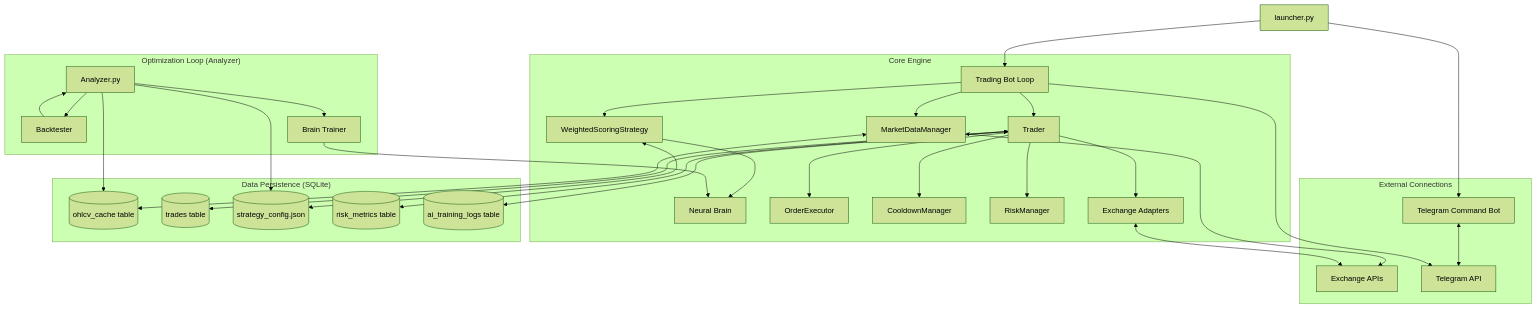
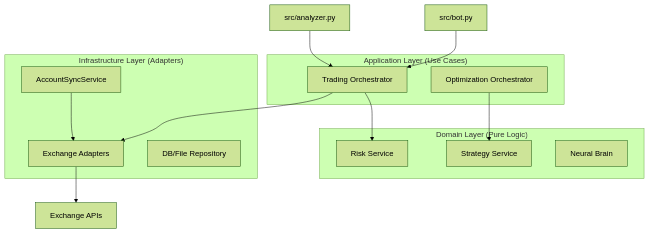
One commit to nguyenkhai1203/trading-bot changed the diagram in .brain/knowledge.md. Above: the diagram before and after it, drawn with Mermaid (forest theme). The commit also changed other lines of this file and 97 other files, not shown here.

````diff
--- a/.brain/knowledge.md
+++ b/.brain/knowledge.md
@@ -9,40 +9,28 @@
 ```mermaid
 graph TD
-    A[launcher.py] --> B[Trading Bot Loop]
-    A --> C[Telegram Command Bot]
+    A[src/bot.py] --> B[Application Layer]
+    A2[src/analyzer.py] --> B
     
-    subgraph "Core Engine"
-        B --> D[MarketDataManager]
-        B --> E[WeightedScoringStrategy]
-        E --> F[Neural Brain]
-        B --> G[Trader]
-        G --> G1[OrderExecutor]
-        G --> G2[CooldownManager]
-        G --> H[RiskManager]
-        G --> Z[Exchange Adapters]
+    subgraph "Application Layer (Use Cases)"
+        B[Trading Orchestrator]
+        B2[Optimization Orchestrator]
     end
     
-    subgraph "External Connections"
-        D <--> I[Exchange APIs]
-        Z <--> I
-        C <--> J[Telegram API]
-        B --> J
+    subgraph "Domain Layer (Pure Logic)"
+        C[Risk Service]
+        D[Strategy Service]
+        E[Neural Brain]
     end
     
-    subgraph "Data Persistence (SQLite)"
-        D <--> K[(ohlcv_cache table)]
-        G <--> L[(trades table)]
-        E <--> M[(strategy_config.json)]
-        G <--> N[(risk_metrics table)]
-        G <--> O[(ai_training_logs table)]
+    subgraph "Infrastructure Layer (Adapters)"
+        F[AccountSyncService]
+        G[Exchange Adapters]
+        H[DB/File Repository]
     end
-
-    subgraph "Optimization Loop (Analyzer)"
-        P[Analyzer.py] --> K
-        P --> M
-        P --> Q[Backtester]
-        Q --> P
-        P --> R[Brain Trainer]
-        R --> F
-    end
+    
+    B --> C
+    B --> G
+    B2 --> D
+    F --> G
+    G --> I[Exchange APIs]
 ```
````
